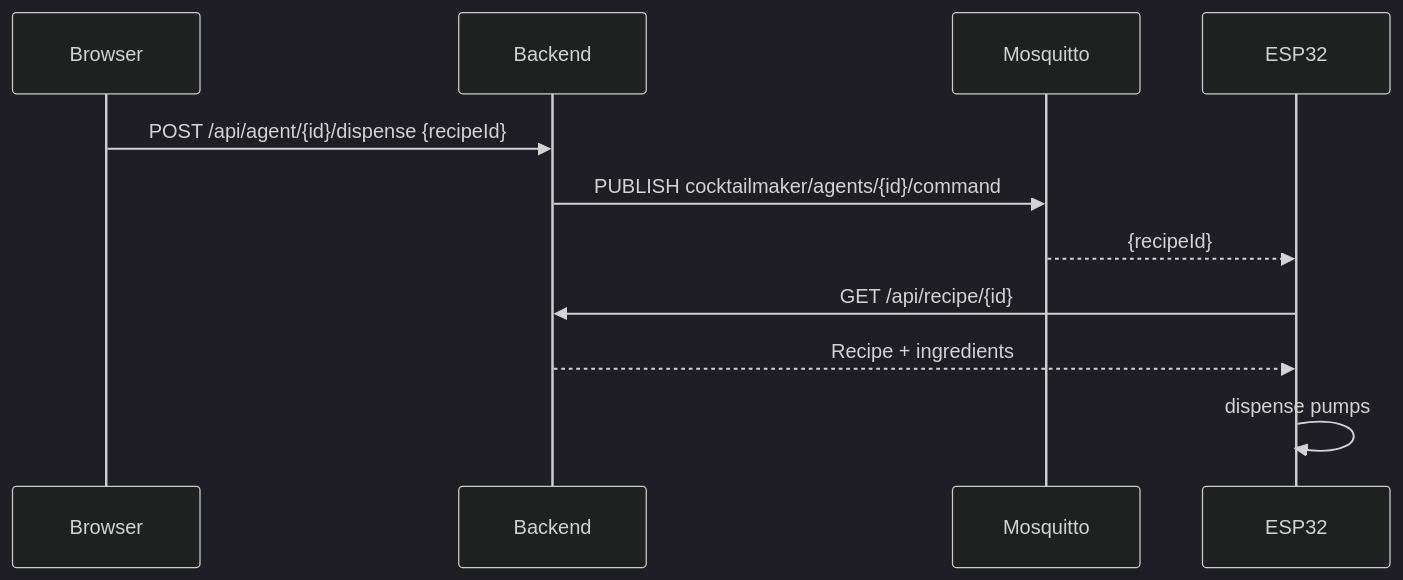
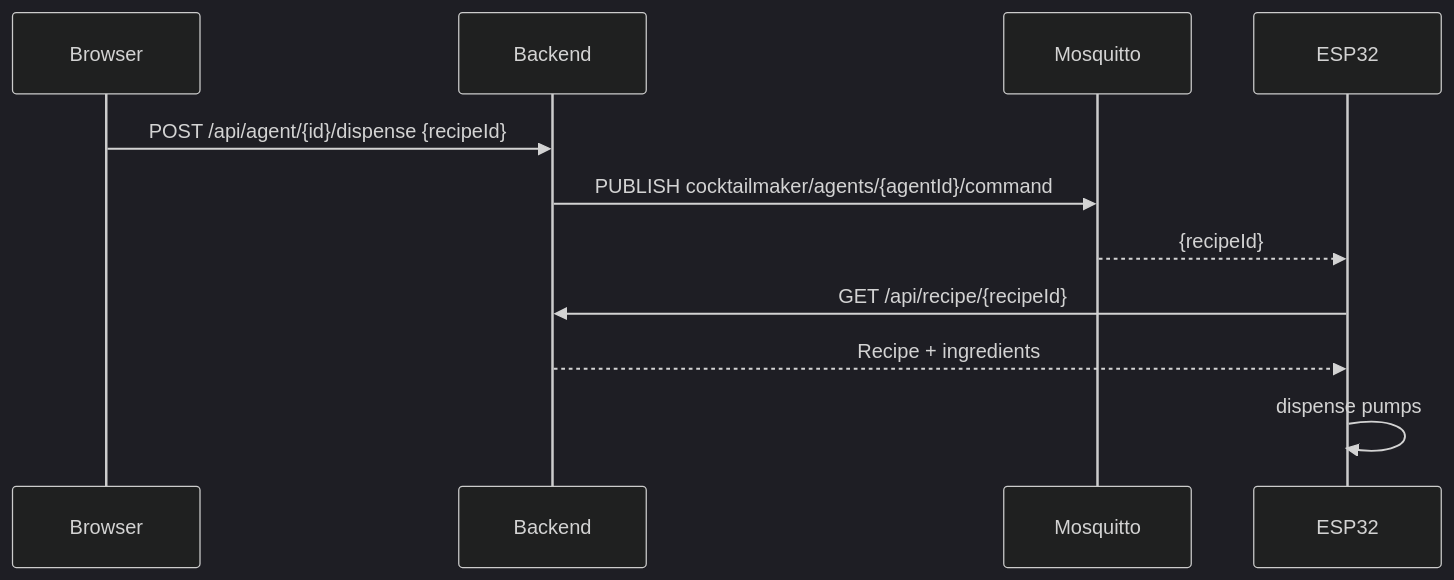
The fourth of 6 diagrams in docs/architecture.md (codeiakofficial/cocktailmaker), drawn with Mermaid (dark theme) before and after one commit. The commit also changed other lines of this file and 2 other files, not shown here.

````diff
--- a/docs/architecture.md
+++ b/docs/architecture.md
@@ -61,14 +61,14 @@
 ```mermaid
 sequenceDiagram
     participant Browser
     participant Backend
     participant Broker as Mosquitto
     participant ESP32
 
     Browser->>Backend: POST /api/agent/{id}/dispense {recipeId}
-    Backend->>Broker: PUBLISH cocktailmaker/agents/{id}/command
+    Backend->>Broker: PUBLISH cocktailmaker/agents/{agentId}/command
     Broker-->>ESP32: {recipeId}
-    ESP32->>Backend: GET /api/recipe/{id}
+    ESP32->>Backend: GET /api/recipe/{recipeId}
     Backend-->>ESP32: Recipe + ingredients
     ESP32->>ESP32: dispense pumps
 ```
````
